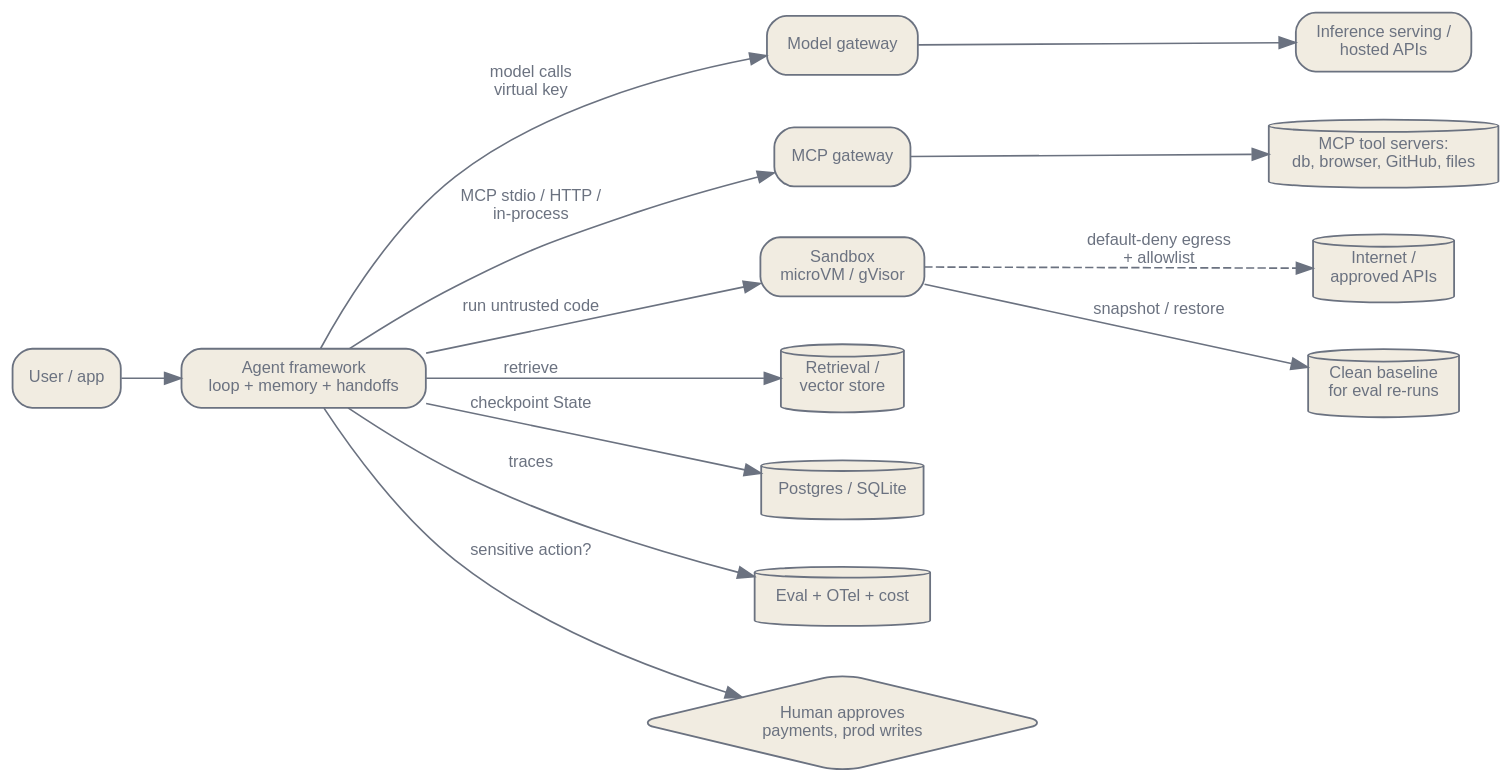
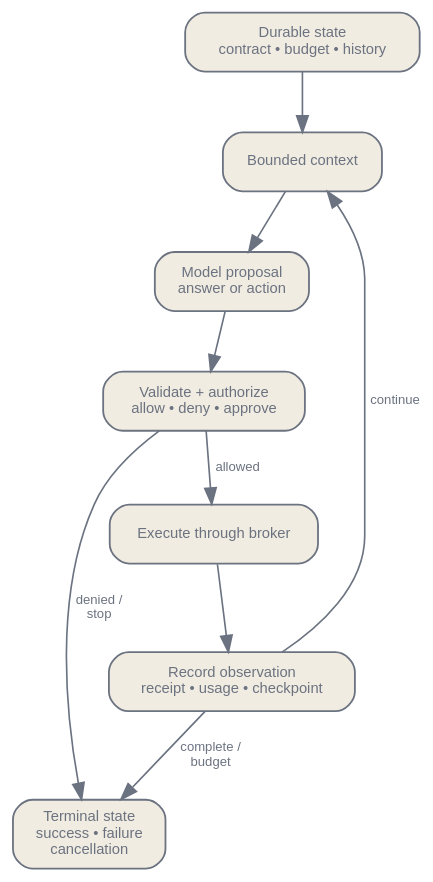
The first of 3 diagrams in en/practice/05-agents-and-sandboxes.qmd (latere-ai/ai-as-an-infrastructure), drawn with Graphviz before and after one commit. The commit also changed other lines of this file and 5 other files, not shown here.

````diff
--- a/en/practice/05-agents-and-sandboxes.qmd
+++ b/en/practice/05-agents-and-sandboxes.qmd
@@ -370,38 +22,25 @@
 ```{dot}
-//| label: fig-agent-runtime
-//| fig-cap: "The production agent runtime. The framework holds no provider key and no raw credentials; model access, tool access, and compute access each reach in through a governed seam."
-digraph {
+//| label: fig-agent-control-loop
+//| fig-cap: "A production agent loop. The model proposes; trusted runtime code validates, authorizes, executes, records, and decides whether the run may continue."
+digraph agent_loop {
+  rankdir=TB;
   bgcolor="transparent";
-  rankdir=LR;
-  nodesep=0.4; ranksep=0.5;
-  node [shape=box, style="rounded,filled", fontname="Helvetica", fontsize=10, color="#6b7280", fontcolor="#6b7280", fillcolor="#f1ece1", penwidth=1.1];
-  edge [fontsize=10, fontname="Helvetica", color="#6b7280", fontcolor="#6b7280"];
+  node [shape=box, style="rounded,filled", fontname="Helvetica", fontsize=9, margin="0.12,0.08", color="#6b7280", fontcolor="#6b7280", fillcolor="#f1ece1", penwidth=1.1];
+  edge [fontname="Helvetica", fontsize=8, color="#6b7280", fontcolor="#6b7280"];
 
-  user [label="User / app"];
-  agent [label="Agent framework\nloop + memory + handoffs"];
-  gw [label="Model gateway"];
-  serve [label="Inference serving /\nhosted APIs"];
-  mcpgw [label="MCP gateway"];
-  tools [label="MCP tool servers:\ndb, browser, GitHub, files", shape=cylinder];
-  sb [label="Sandbox\nmicroVM / gVisor"];
-  net [label="Internet /\napproved APIs", shape=cylinder];
-  snap [label="Clean baseline\nfor eval re-runs", shape=cylinder];
-  rag [label="Retrieval /\nvector store", shape=cylinder];
-  ckpt [label="Postgres / SQLite", shape=cylinder];
-  obs [label="Eval + OTel + cost", shape=cylinder];
-  human [label="Human approves\npayments, prod writes", shape=diamond];
+  state [label="Durable state\ncontract • budget • history"];
+  context [label="Bounded context"];
+  propose [label="Model proposal\nanswer or action"];
+  gate [label="Validate + authorize\nallow • deny • approve"];
+  execute [label="Execute through broker"];
+  record [label="Record observation\nreceipt • usage • checkpoint"];
+  stop [label="Terminal state\nsuccess • failure\ncancellation"];
 
-  user -> agent;
-  agent -> gw [label="model calls\nvirtual key"];
-  gw -> serve;
-  agent -> mcpgw [label="MCP stdio / HTTP /\nin-process"];
-  mcpgw -> tools;
-  agent -> sb [label="run untrusted code"];
-  sb -> net [style=dashed, label="default-deny egress\n+ allowlist"];
-  sb -> snap [label="snapshot / restore"];
-  agent -> rag [label="retrieve"];
-  agent -> ckpt [label="checkpoint State"];
-  agent -> obs [label="traces"];
-  agent -> human [label="sensitive action?"];
+  state -> context -> propose -> gate;
+  gate -> execute [label="allowed"];
+  execute -> record;
+  record -> context [label="continue"];
+  gate -> stop [label="denied /\nstop"];
+  record -> stop [label="complete /\nbudget"];
 }
 ```
````
